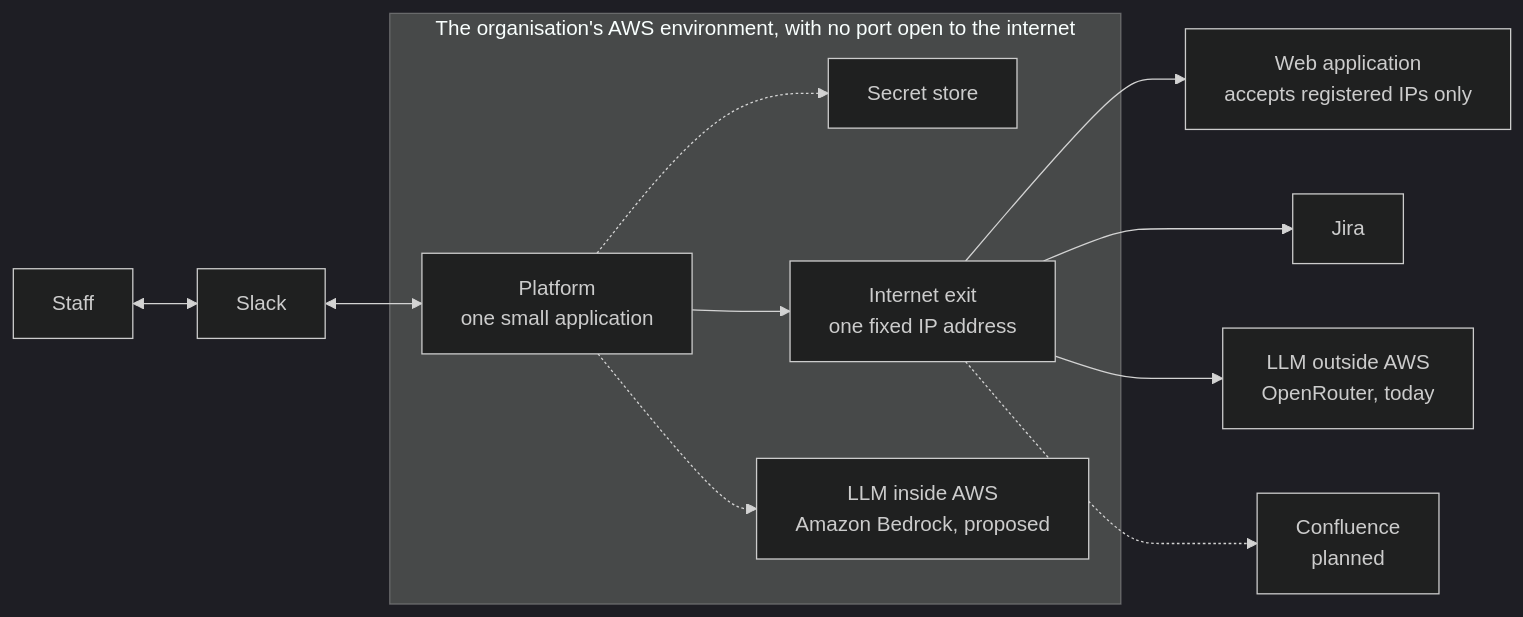
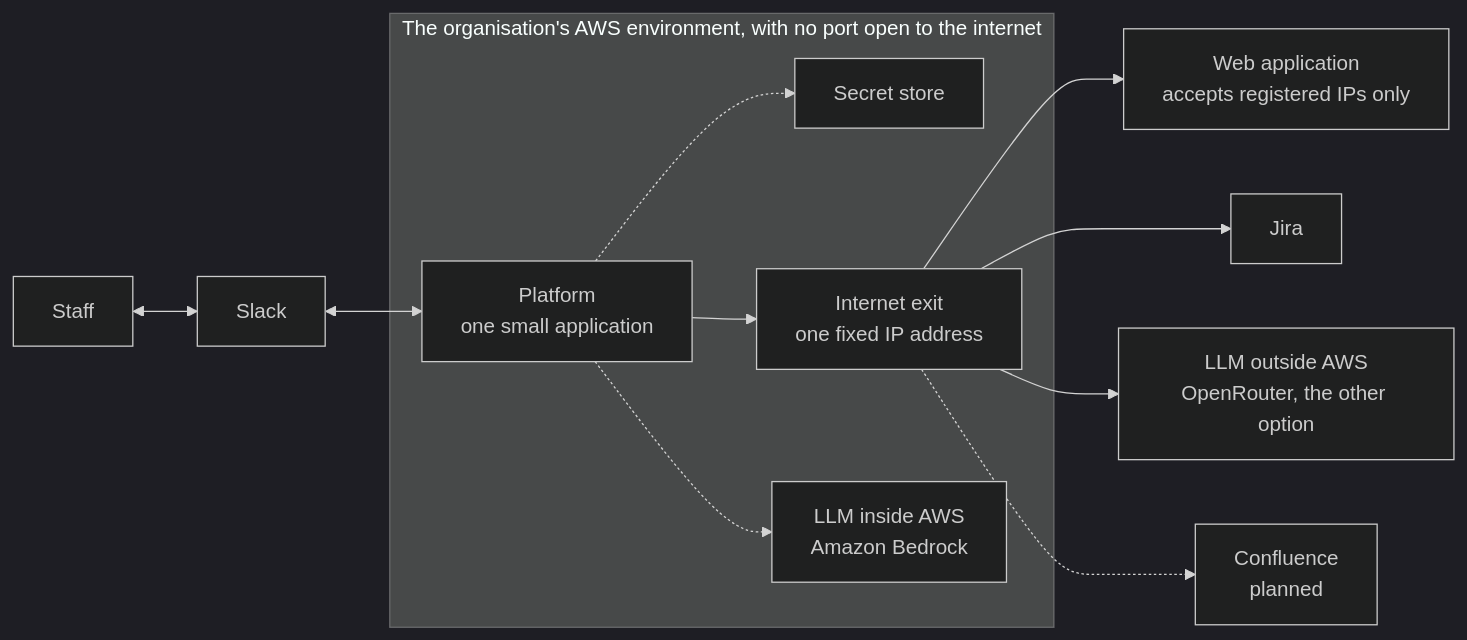
One commit to phuc-nt/slack-web-automation-poc changed the diagram in docs/01-platform-overview.md. Above: the diagram before and after it, drawn with Mermaid (dark theme). The commit also changed other lines of this file and 30 other files, not shown here.

First line of the commit message:
Add Bedrock provider, AWS templates, and cost and prerequisites docs

````diff
--- a/docs/01-platform-overview.md
+++ b/docs/01-platform-overview.md
@@ -39,18 +39,18 @@
 ```mermaid
 flowchart LR
     U[Staff] <--> S[Slack]
     S <--> P
     subgraph AWS[The organisation's AWS environment, with no port open to the internet]
         P[Platform<br/>one small application]
         K[Secret store]
         N[Internet exit<br/>one fixed IP address]
-        B[LLM inside AWS<br/>Amazon Bedrock, proposed]
+        B[LLM inside AWS<br/>Amazon Bedrock]
         P -.-> K
         P -.-> B
         P --> N
     end
     N --> W[Web application<br/>accepts registered IPs only]
     N --> J[Jira]
-    N --> O[LLM outside AWS<br/>OpenRouter, today]
+    N --> O[LLM outside AWS<br/>OpenRouter, the other option]
     N -.-> C[Confluence<br/>planned]
 ```
````
